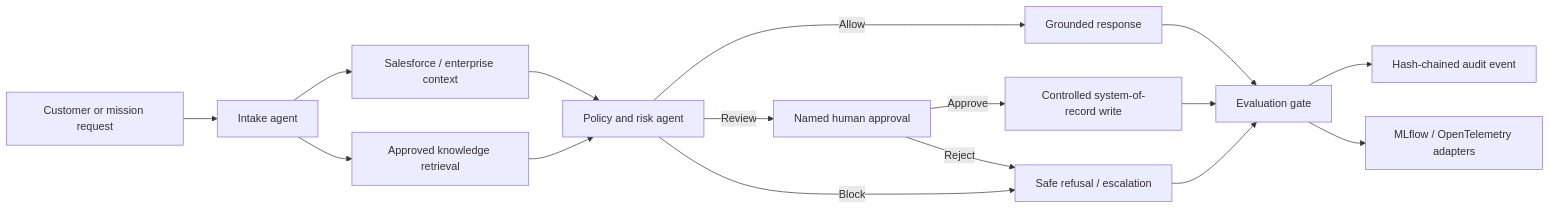
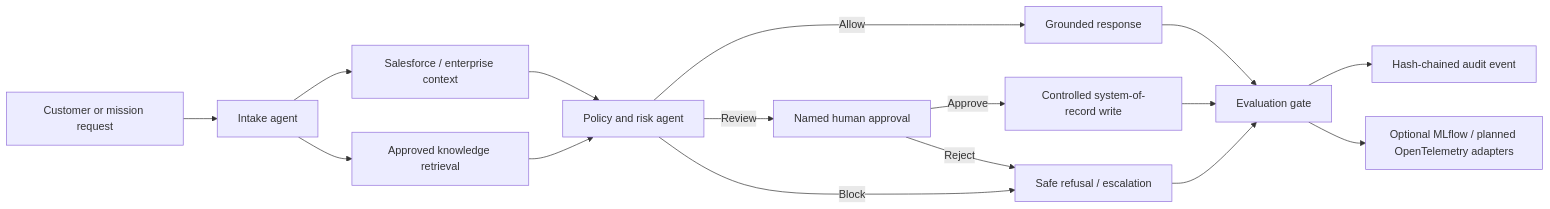
One commit to silasj1022/forward-deployed-ai-lab changed the diagram in README.md. Above: the diagram before and after it, drawn with Mermaid. The commit also changed other lines of this file and 49 other files, not shown here.

````diff
--- a/README.md
+++ b/README.md
@@ -51,18 +51,18 @@
 ```mermaid
 flowchart LR
     U[Customer or mission request] --> I[Intake agent]
     I --> S[Salesforce / enterprise context]
     I --> R[Approved knowledge retrieval]
     S --> P[Policy and risk agent]
     R --> P
     P -->|Allow| G[Grounded response]
     P -->|Review| H[Named human approval]
     P -->|Block| B[Safe refusal / escalation]
     H -->|Approve| W[Controlled system-of-record write]
     H -->|Reject| B
     G --> E[Evaluation gate]
     W --> E
     B --> E
     E --> A[Hash-chained audit event]
-    E --> O[MLflow / OpenTelemetry adapters]
+    E --> O[Optional MLflow / planned OpenTelemetry adapters]
 ```
````
